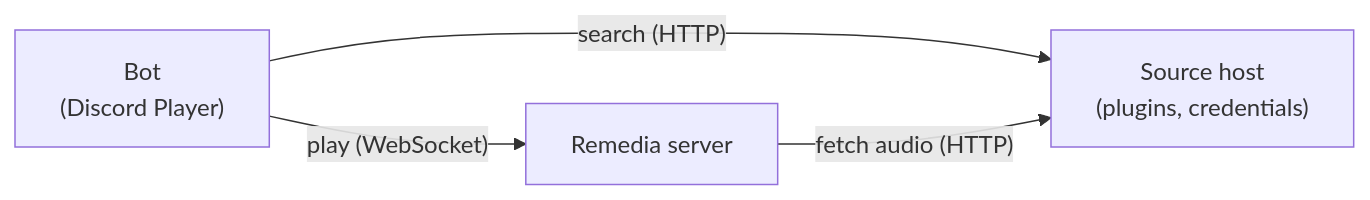
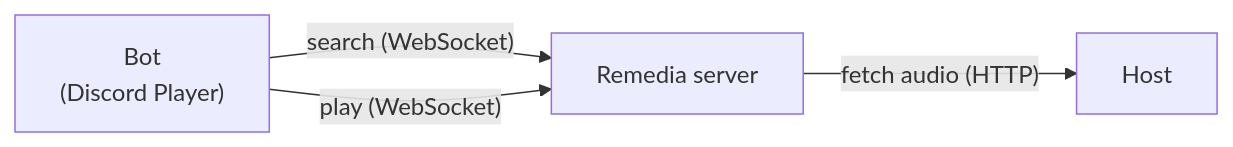
One commit to Androz2091/discord-player changed the diagram in apps/website/content/docs/v8/plugins/remote-hosts.mdx. Above: the diagram before and after it, drawn with Mermaid. The commit also changed other lines of this file and 25 other files, not shown here.

Commit message:
feat: discover source plugins through Remedia forwarding

````diff
--- a/apps/website/content/docs/v8/plugins/remote-hosts.mdx
+++ b/apps/website/content/docs/v8/plugins/remote-hosts.mdx
@@ -8,6 +8,6 @@
 ```mermaid
 flowchart LR
-  Bot["Bot<br/>(Discord Player)"] -- "search (HTTP)" --> Host["Source host<br/>(plugins, credentials)"]
+  Bot["Bot<br/>(Discord Player)"] -- "search (WebSocket)" --> Node["Source host<br/>(plugins, credentials)"]
   Bot -- "play (WebSocket)" --> Node["Remedia server"]
   Node -- "fetch audio (HTTP)" --> Host
 ```
````
